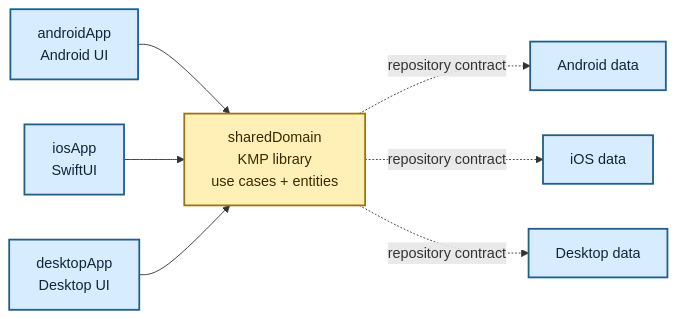
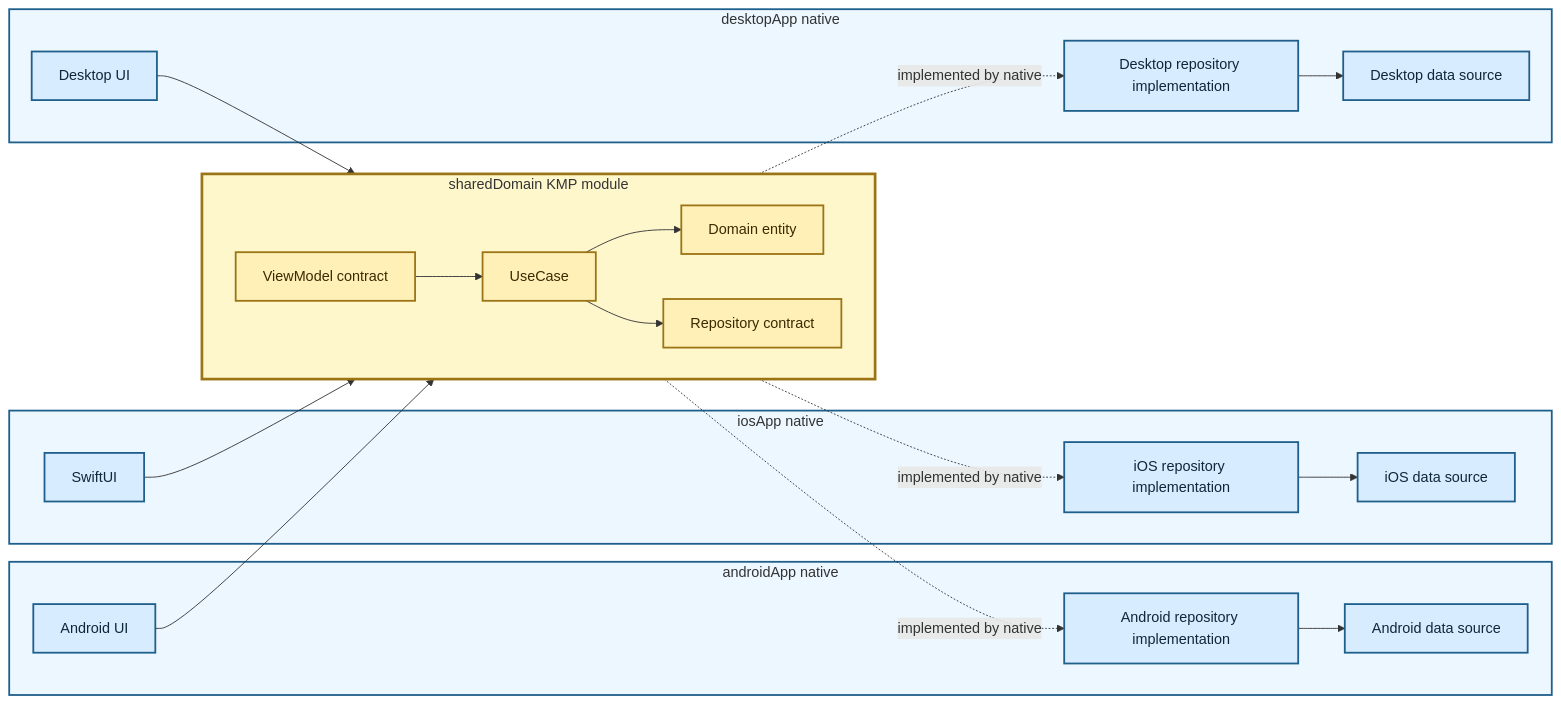
One commit to TheSetox/kmp-sample-diagrams changed the diagram in diagrams/16-three-layer-kmp-domain.md. Above: the diagram before and after it, drawn with Mermaid. The commit also changed other lines of this file and 18 other files, not shown here.

Commit message:
docs: clarify kmp and native diagram boundaries

````diff
--- a/diagrams/16-three-layer-kmp-domain.md
+++ b/diagrams/16-three-layer-kmp-domain.md
@@ -5,25 +5,49 @@
 ```mermaid
 flowchart LR
-  SharedDomain["sharedDomain\nKMP library\nuse cases + entities"]
+  subgraph Android["androidApp native"]
+    AndroidUI["Android UI"]
+    AndroidData["Android repository implementation"]
+    AndroidSource["Android data source"]
+    AndroidData --> AndroidSource
+  end
 
-  AndroidUI["androidApp\nAndroid UI"]
-  IOSUI["iosApp\nSwiftUI"]
-  DesktopUI["desktopApp\nDesktop UI"]
+  subgraph IOS["iosApp native"]
+    IOSUI["SwiftUI"]
+    IOSData["iOS repository implementation"]
+    IOSSource["iOS data source"]
+    IOSData --> IOSSource
+  end
 
-  AndroidData["Android data"]
-  IOSData["iOS data"]
-  DesktopData["Desktop data"]
+  subgraph Desktop["desktopApp native"]
+    DesktopUI["Desktop UI"]
+    DesktopData["Desktop repository implementation"]
+    DesktopSource["Desktop data source"]
+    DesktopData --> DesktopSource
+  end
 
-  AndroidUI --> SharedDomain
-  IOSUI --> SharedDomain
-  DesktopUI --> SharedDomain
+  subgraph KMP["sharedDomain KMP module"]
+    direction LR
+    ViewModelContract["ViewModel contract"]
+    UseCase["UseCase"]
+    Entity["Domain entity"]
+    RepositoryPort["Repository contract"]
+    ViewModelContract --> UseCase --> Entity
+    UseCase --> RepositoryPort
+  end
 
-  SharedDomain -. "repository contract" .-> AndroidData
-  SharedDomain -. "repository contract" .-> IOSData
-  SharedDomain -. "repository contract" .-> DesktopData
+  AndroidUI --> ViewModelContract
+  IOSUI --> ViewModelContract
+  DesktopUI --> ViewModelContract
+  RepositoryPort -. "implemented by native" .-> AndroidData
+  RepositoryPort -. "implemented by native" .-> IOSData
+  RepositoryPort -. "implemented by native" .-> DesktopData
 
   classDef app fill:#d8ecff,stroke:#1f5f8b,color:#0f2738,stroke-width:2px;
-  classDef shared fill:#fff0b8,stroke:#9b7415,color:#3b2a00,stroke-width:2px;
-  class AndroidUI,IOSUI,DesktopUI,AndroidData,IOSData,DesktopData app;
-  class SharedDomain shared;
+  classDef kmp fill:#fff0b8,stroke:#9b7415,color:#3b2a00,stroke-width:2px;
+  class AndroidUI,AndroidData,AndroidSource,IOSUI,IOSData,IOSSource,DesktopUI,DesktopData,DesktopSource app;
+  class ViewModelContract,UseCase,Entity,RepositoryPort kmp;
+  style Android fill:#edf7ff,stroke:#1f5f8b,stroke-width:2px
+  style IOS fill:#edf7ff,stroke:#1f5f8b,stroke-width:2px
+  style Desktop fill:#edf7ff,stroke:#1f5f8b,stroke-width:2px
+  style KMP fill:#fff7cc,stroke:#9b7415,stroke-width:3px
 ```
````
